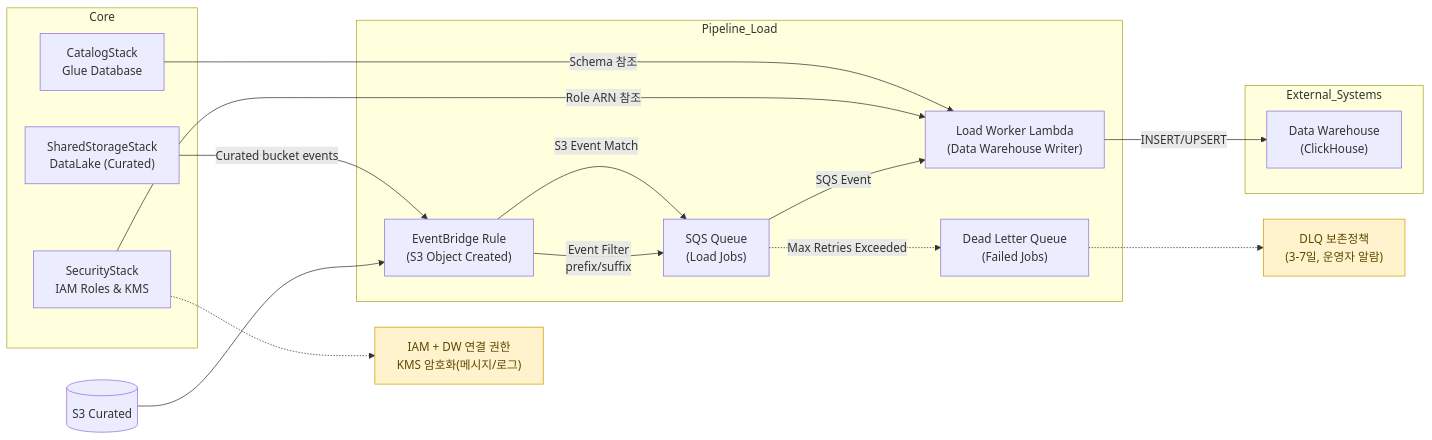
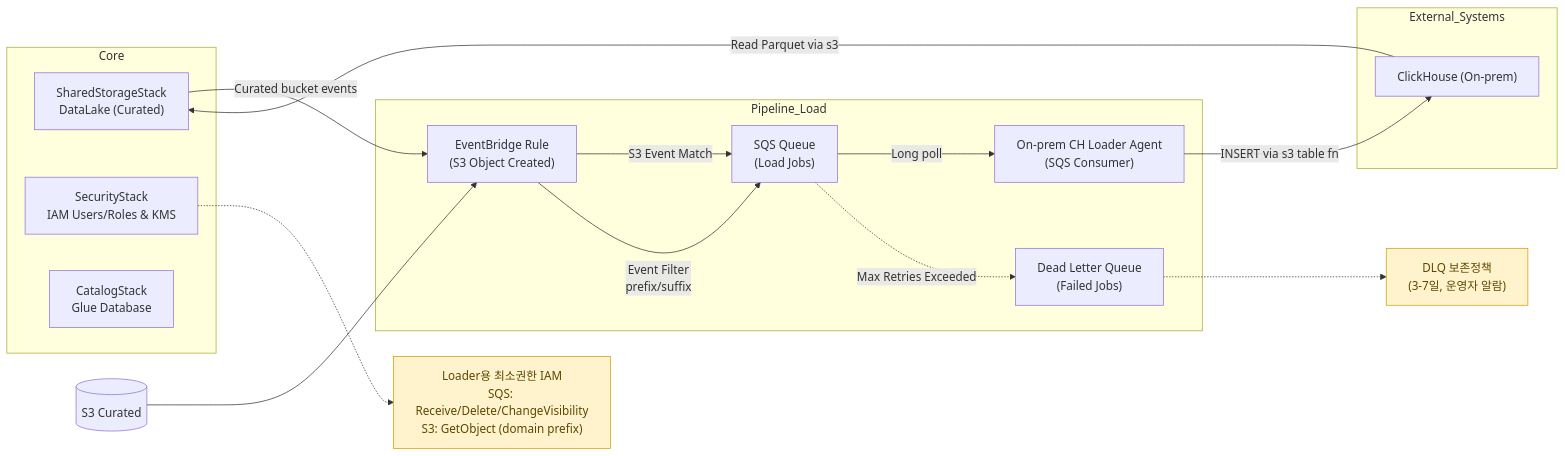
Before and after one commit to keemgdeok/fin-forge-pipeline: the diagram in docs/diagrams/load/01-components.md, drawn with Mermaid. The commit also changed 15 other files, not shown here.

Commit message:
refactor: changed load flow

````diff
--- a/docs/diagrams/load/01-components.md
+++ b/docs/diagrams/load/01-components.md
@@ -1,39 +1,38 @@
 ```mermaid
 graph LR
   subgraph Core
     SS["SharedStorageStack<br/>DataLake (Curated)"]
-    SEC["SecurityStack<br/>IAM Roles & KMS"]
+    SEC["SecurityStack<br/>IAM Users/Roles & KMS"]
     GOV["CatalogStack<br/>Glue Database"]
   end
 
   subgraph Pipeline_Load
     EB["EventBridge Rule<br/>(S3 Object Created)"]
     SQS["SQS Queue<br/>(Load Jobs)"]
     DLQ["Dead Letter Queue<br/>(Failed Jobs)"]
-    LOAD["Load Worker Lambda<br/>(Data Warehouse Writer)"]
+    AGT["On‑prem CH Loader Agent<br/>(SQS Consumer)"]
   end
 
   subgraph External_Systems
-    DW["Data Warehouse<br/>(ClickHouse)"]
+    DW["ClickHouse (On‑prem)"]
   end
 
   SS -->|Curated bucket events| EB
-  GOV -->|Schema 참조| LOAD
-  SEC -->|Role ARN 참조| LOAD
+  EB -->|S3 Event Match| SQS
+  SQS -->|Long poll| AGT
+  SQS -.->|Max Retries Exceeded| DLQ
 
-  EB -->|S3 Event Match| SQS
-  SQS -->|SQS Event| LOAD
-  SQS -.->|Max Retries Exceeded| DLQ
-  LOAD -->|INSERT/UPSERT| DW
+  AGT -->|INSERT via s3 table fn| DW
+  DW -->|Read Parquet via s3| SS
 
   CUR[(S3 Curated)] --> EB
   EB -->|Event Filter<br/>prefix/suffix| SQS
 
-  %% Load/Security notes
-  N1["IAM + DW 연결 권한<br/>KMS 암호화(메시지/로그)"]:::note
+  %% Security/ops notes
+  N1["Loader용 최소권한 IAM<br/>SQS: Receive/Delete/ChangeVisibility<br/>S3: GetObject (domain prefix)"]:::note
   N2["DLQ 보존정책<br/>(3-7일, 운영자 알람)"]:::note
   SEC -.-> N1
   DLQ -.-> N2
 
   classDef note fill:#fff3cd,stroke:#d39e00,color:#5c4800;
 ```
````
